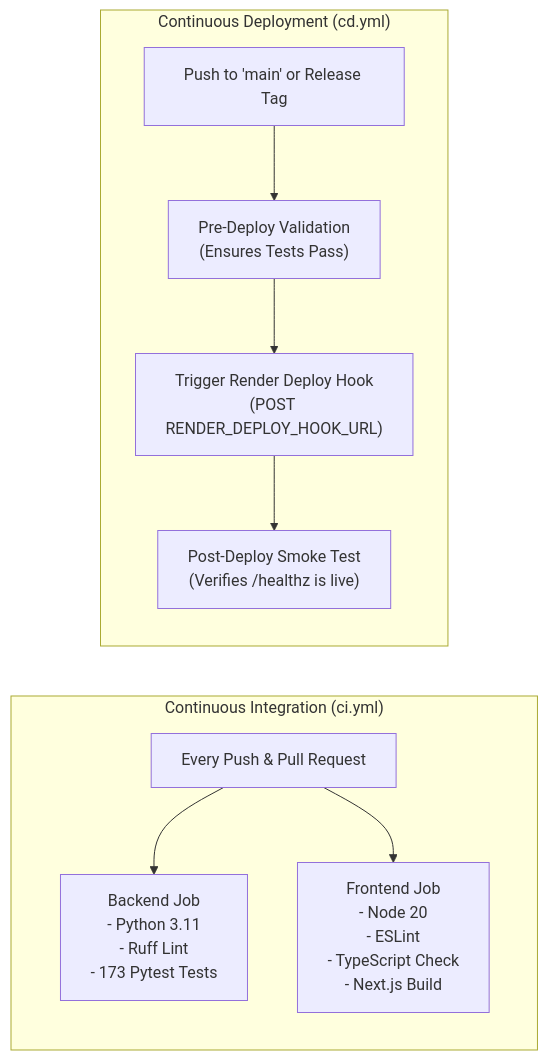
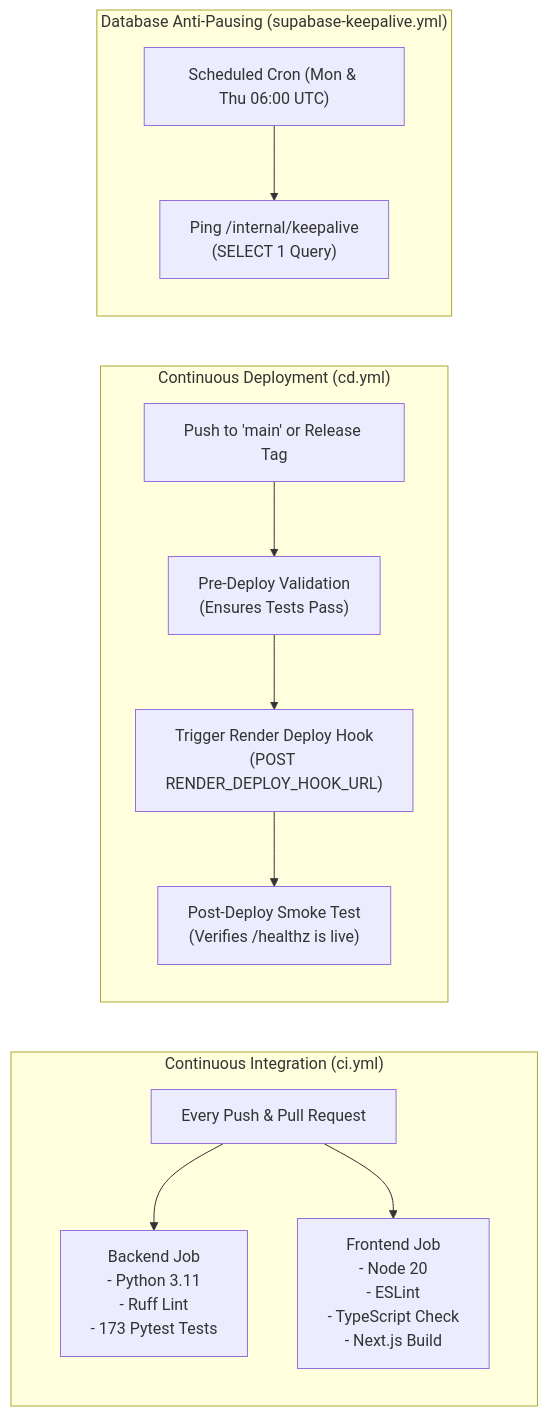
Before and after one commit to alokprasad573/DDoS-Detection-and-Mitigation-Simulator: the third of 3 diagrams in README.md, drawn with Mermaid. The commit also changed other lines of this file and 7 other files, not shown here.

First line of the commit message:
Update Troubleshooting and API Schemas documentation

````diff
--- a/README.md
+++ b/README.md
@@ -605,13 +646,17 @@
 ```mermaid
 flowchart LR
     subgraph CI["Continuous Integration (ci.yml)"]
         Trigger1["Every Push & Pull Request"] --> BackendJob["Backend Job\n- Python 3.11\n- Ruff Lint\n- 173 Pytest Tests"]
         Trigger1 --> FrontendJob["Frontend Job\n- Node 20\n- ESLint\n- TypeScript Check\n- Next.js Build"]
     end
 
     subgraph CD["Continuous Deployment (cd.yml)"]
         Trigger2["Push to 'main' or Release Tag"] --> ValidationJob["Pre-Deploy Validation\n(Ensures Tests Pass)"]
         ValidationJob --> DeployJob["Trigger Render Deploy Hook\n(POST RENDER_DEPLOY_HOOK_URL)"]
         DeployJob --> SmokeTest["Post-Deploy Smoke Test\n(Verifies /healthz is live)"]
     end
+
+    subgraph Keepalive["Database Anti-Pausing (supabase-keepalive.yml)"]
+        CronTrigger["Scheduled Cron (Mon & Thu 06:00 UTC)"] --> PingJob["Ping /internal/keepalive\n(SELECT 1 Query)"]
+    end
 ```
````
